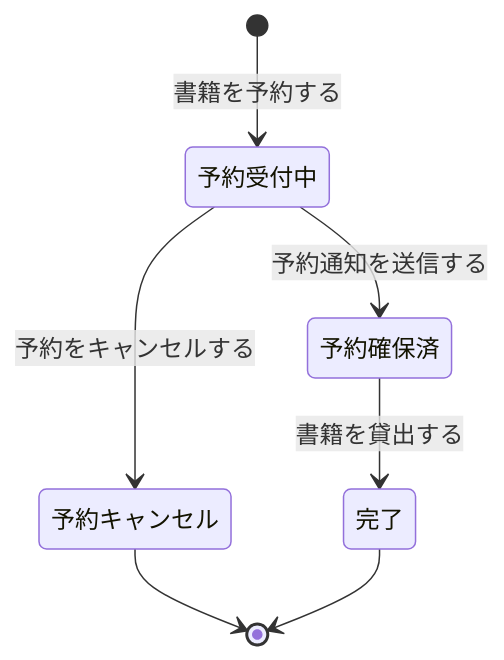
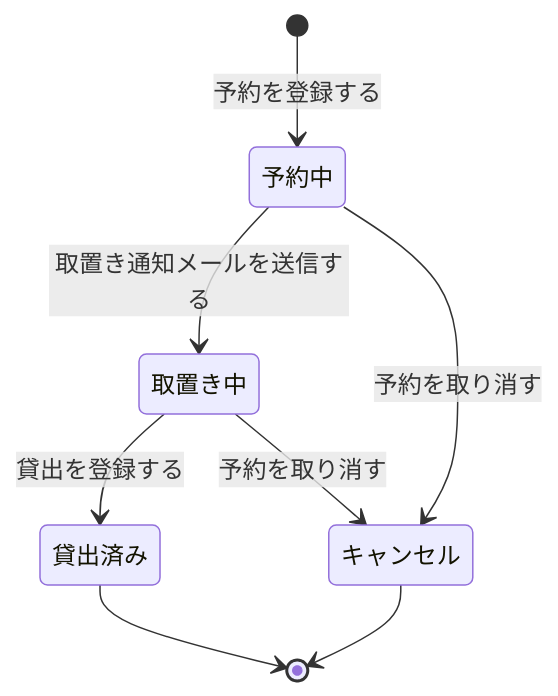
The third of 6 diagrams in samples/distillery/pipeline/rdra/latest/views/06_状態モデル.md (suwa-sh/suwa-sh-claude-plugins), drawn with Mermaid before and after one commit. The commit also changed other lines of this file and 1723 other files, not shown here.

````diff
--- a/samples/distillery/pipeline/rdra/latest/views/06_状態モデル.md
+++ b/samples/distillery/pipeline/rdra/latest/views/06_状態モデル.md
@@ -33,13 +57,14 @@
 ```mermaid
 stateDiagram-v2
-  s1 : 予約受付中
-  s2 : 予約確保済
-  s3 : 予約キャンセル
-  s4 : 完了
-  [*] --> s1 : 書籍を予約する
-  s1 --> s2 : 予約通知を送信する
-  s1 --> s3 : 予約をキャンセルする
-  s2 --> s4 : 書籍を貸出する
+  s1 : 予約中
+  s2 : 取置き中
+  s3 : キャンセル
+  s4 : 貸出済み
+  [*] --> s1 : 予約を登録する
+  s1 --> s2 : 取置き通知メールを送信する
+  s1 --> s3 : 予約を取り消す
+  s2 --> s4 : 貸出を登録する
+  s2 --> s3 : 予約を取り消す
+  s4 --> [*]
   s3 --> [*]
-  s4 --> [*]
 ```
````
